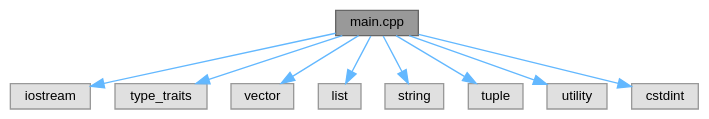
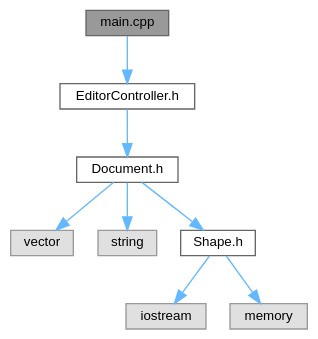
One commit to oshkines/otus-cpp-prof changed the diagram in main_8cpp__incl.dot. Above: the diagram before and after it, drawn with Graphviz. The commit also changed 209 other files, not shown here.

```diff
--- a/main_8cpp__incl.dot
+++ b/main_8cpp__incl.dot
@@ -1,24 +1,22 @@
 digraph "main.cpp"
 {
  // LATEX_PDF_SIZE
   bgcolor="transparent";
   edge [fontname=Helvetica,fontsize=10,labelfontname=Helvetica,labelfontsize=10];
   node [fontname=Helvetica,fontsize=10,shape=box,height=0.2,width=0.4];
   Node1 [id="Node000001",label="main.cpp",height=0.2,width=0.4,color="gray40", fillcolor="grey60", style="filled", fontcolor="black",tooltip=" "];
   Node1 -> Node2 [id="edge1_Node000001_Node000002",color="steelblue1",style="solid",tooltip=" "];
-  Node2 [id="Node000002",label="iostream",height=0.2,width=0.4,color="grey60", fillcolor="#E0E0E0", style="filled",tooltip=" "];
-  Node1 -> Node3 [id="edge2_Node000001_Node000003",color="steelblue1",style="solid",tooltip=" "];
-  Node3 [id="Node000003",label="type_traits",height=0.2,width=0.4,color="grey60", fillcolor="#E0E0E0", style="filled",tooltip=" "];
-  Node1 -> Node4 [id="edge3_Node000001_Node000004",color="steelblue1",style="solid",tooltip=" "];
+  Node2 [id="Node000002",label="EditorController.h",height=0.2,width=0.4,color="grey40", fillcolor="white", style="filled",URL="$EditorController_8h.html",tooltip=" "];
+  Node2 -> Node3 [id="edge2_Node000002_Node000003",color="steelblue1",style="solid",tooltip=" "];
+  Node3 [id="Node000003",label="Document.h",height=0.2,width=0.4,color="grey40", fillcolor="white", style="filled",URL="$Document_8h.html",tooltip=" "];
+  Node3 -> Node4 [id="edge3_Node000003_Node000004",color="steelblue1",style="solid",tooltip=" "];
   Node4 [id="Node000004",label="vector",height=0.2,width=0.4,color="grey60", fillcolor="#E0E0E0", style="filled",tooltip=" "];
-  Node1 -> Node5 [id="edge4_Node000001_Node000005",color="steelblue1",style="solid",tooltip=" "];
-  Node5 [id="Node000005",label="list",height=0.2,width=0.4,color="grey60", fillcolor="#E0E0E0", style="filled",tooltip=" "];
-  Node1 -> Node6 [id="edge5_Node000001_Node000006",color="steelblue1",style="solid",tooltip=" "];
-  Node6 [id="Node000006",label="string",height=0.2,width=0.4,color="grey60", fillcolor="#E0E0E0", style="filled",tooltip=" "];
-  Node1 -> Node7 [id="edge6_Node000001_Node000007",color="steelblue1",style="solid",tooltip=" "];
-  Node7 [id="Node000007",label="tuple",height=0.2,width=0.4,color="grey60", fillcolor="#E0E0E0", style="filled",tooltip=" "];
-  Node1 -> Node8 [id="edge7_Node000001_Node000008",color="steelblue1",style="solid",tooltip=" "];
-  Node8 [id="Node000008",label="utility",height=0.2,width=0.4,color="grey60", fillcolor="#E0E0E0", style="filled",tooltip=" "];
-  Node1 -> Node9 [id="edge8_Node000001_Node000009",color="steelblue1",style="solid",tooltip=" "];
-  Node9 [id="Node000009",label="cstdint",height=0.2,width=0.4,color="grey60", fillcolor="#E0E0E0", style="filled",tooltip=" "];
+  Node3 -> Node5 [id="edge4_Node000003_Node000005",color="steelblue1",style="solid",tooltip=" "];
+  Node5 [id="Node000005",label="string",height=0.2,width=0.4,color="grey60", fillcolor="#E0E0E0", style="filled",tooltip=" "];
+  Node3 -> Node6 [id="edge5_Node000003_Node000006",color="steelblue1",style="solid",tooltip=" "];
+  Node6 [id="Node000006",label="Shape.h",height=0.2,width=0.4,color="grey40", fillcolor="white", style="filled",URL="$Shape_8h.html",tooltip=" "];
+  Node6 -> Node7 [id="edge6_Node000006_Node000007",color="steelblue1",style="solid",tooltip=" "];
+  Node7 [id="Node000007",label="iostream",height=0.2,width=0.4,color="grey60", fillcolor="#E0E0E0", style="filled",tooltip=" "];
+  Node6 -> Node8 [id="edge7_Node000006_Node000008",color="steelblue1",style="solid",tooltip=" "];
+  Node8 [id="Node000008",label="memory",height=0.2,width=0.4,color="grey60", fillcolor="#E0E0E0", style="filled",tooltip=" "];
 }
```
